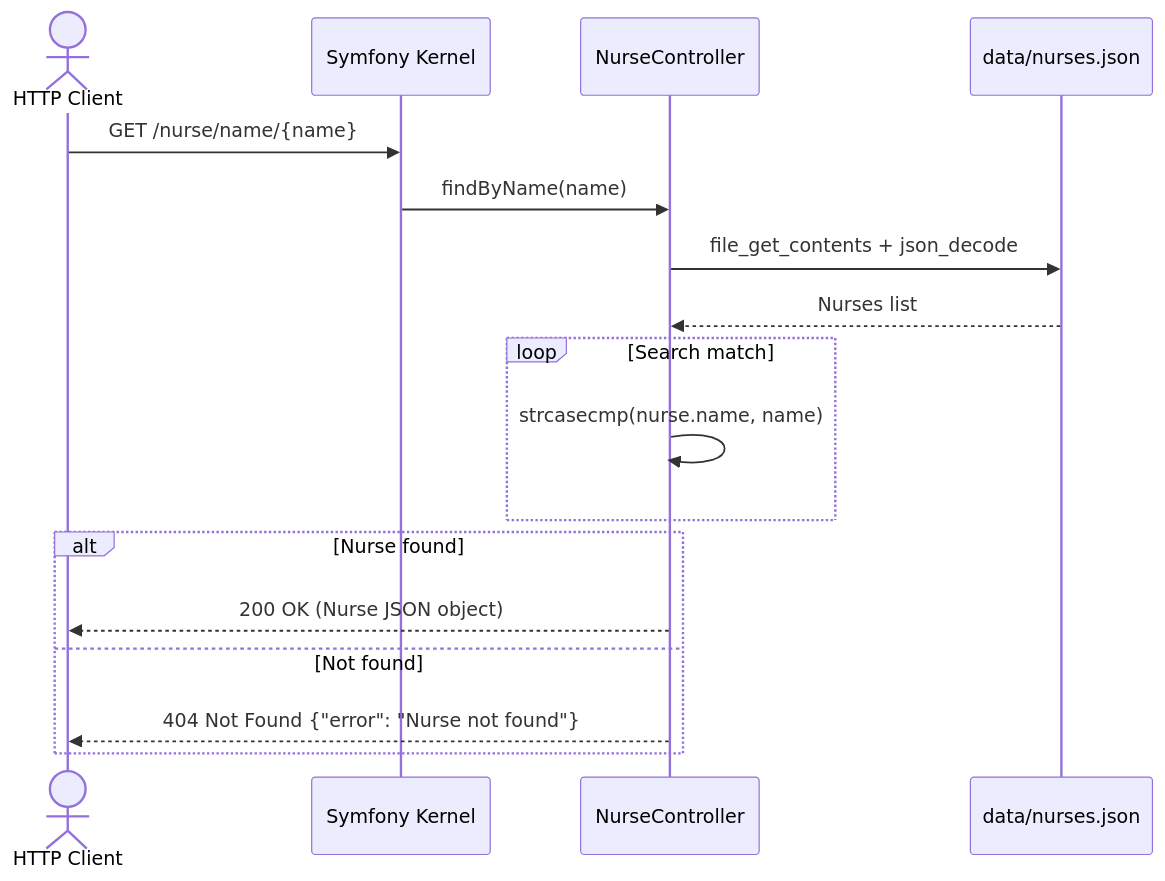
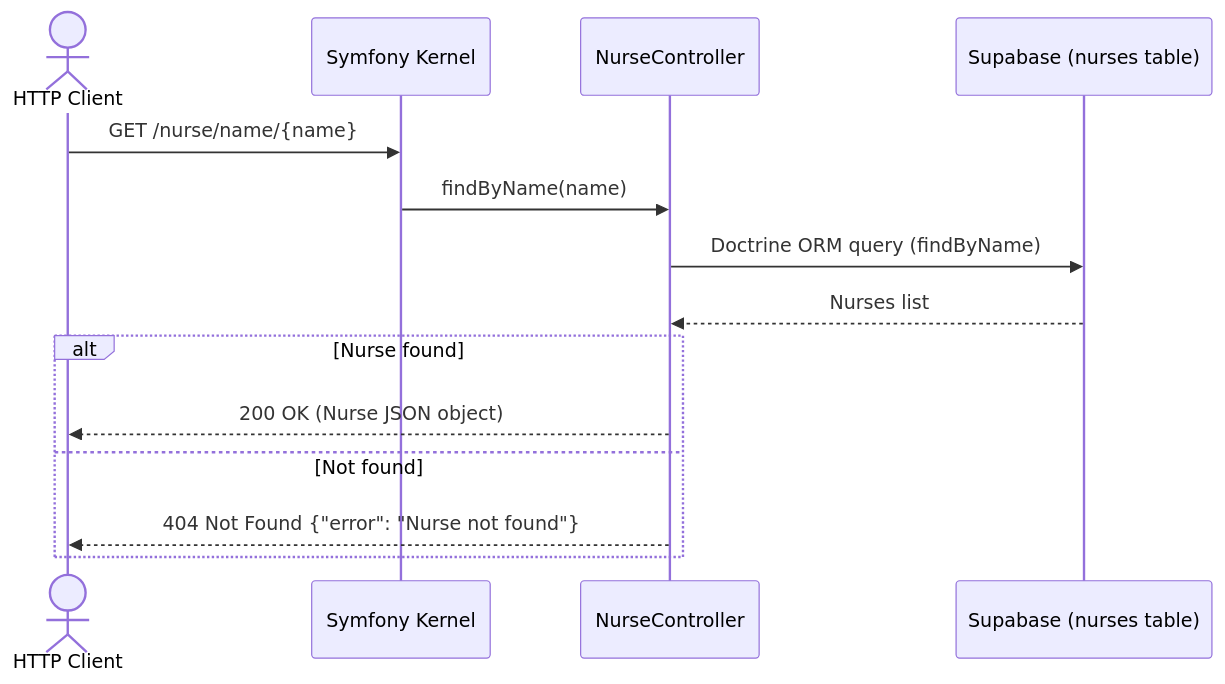
Before and after one commit to Ignaciobrenas/Nurse-Simulator: the fourth of 7 diagrams in docs/general/DOCUMENTATION_EN.md, drawn with Mermaid. The commit also changed other lines of this file and 7 other files, not shown here.

````diff
--- a/docs/general/DOCUMENTATION_EN.md
+++ b/docs/general/DOCUMENTATION_EN.md
@@ -278,20 +278,17 @@
 ```mermaid
 sequenceDiagram
     actor Client as HTTP Client
     participant Kernel as Symfony Kernel
     participant Controller as NurseController
-    participant JSON as data/nurses.json
+    participant JSON as Supabase (nurses table)
 
     Client->>Kernel: GET /nurse/name/{name}
     Kernel->>Controller: findByName(name)
-    Controller->>JSON: file_get_contents + json_decode
+    Controller->>JSON: Doctrine ORM query (findByName)
     JSON-->>Controller: Nurses list
-    loop Search match
-        Controller->>Controller: strcasecmp(nurse.name, name)
-    end
     alt Nurse found
         Controller-->>Client: 200 OK (Nurse JSON object)
     else Not found
         Controller-->>Client: 404 Not Found {"error": "Nurse not found"}
     end
 ```
````
